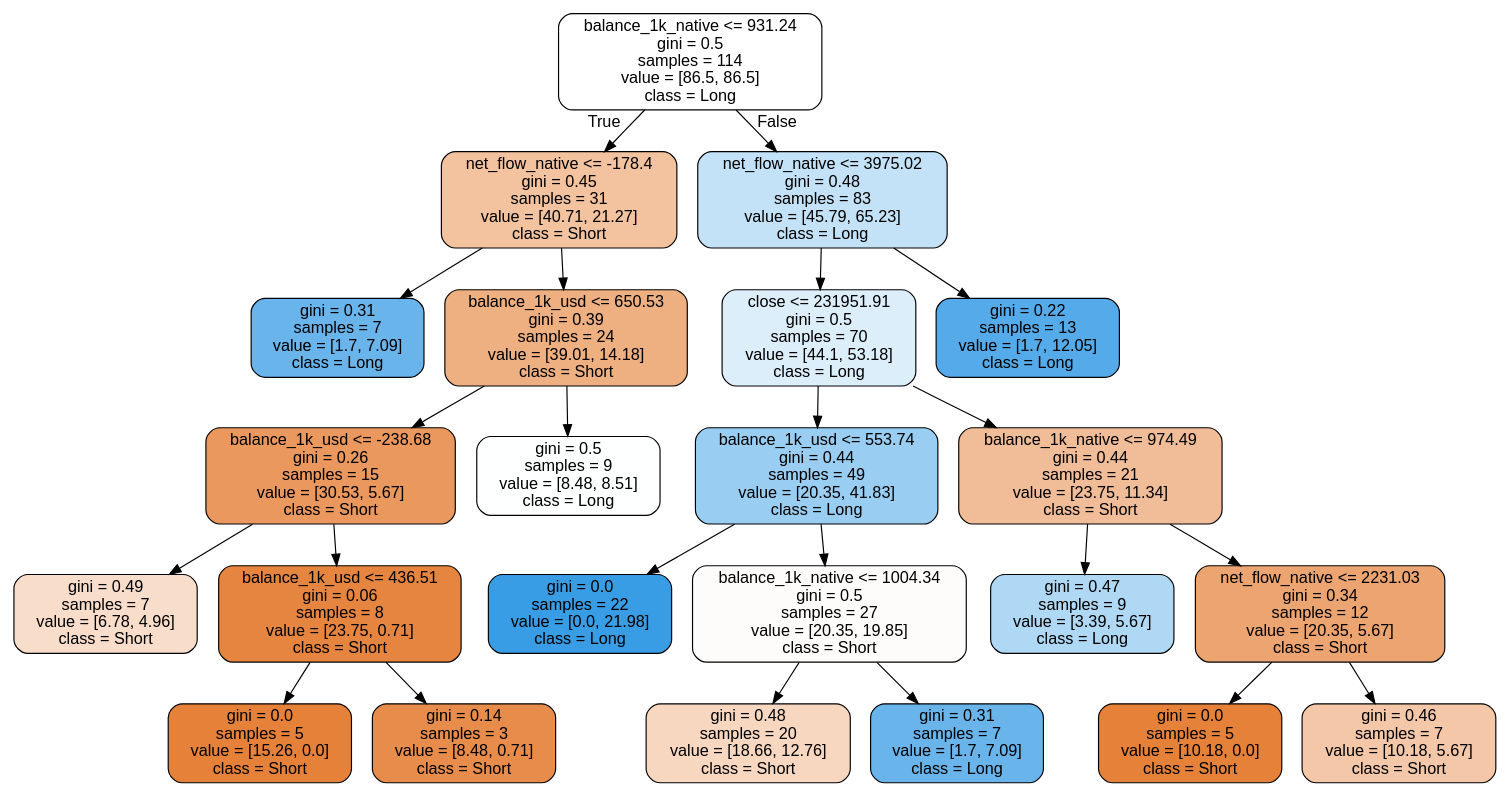
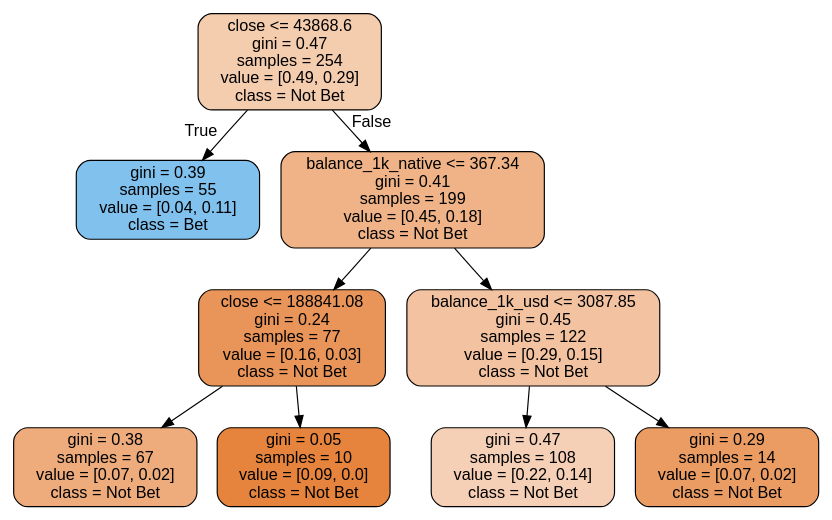
The diagram in plots/BTC/balance/tree/rf_4.dot (Ericclck/FinancialModeling), drawn with Graphviz before and after one commit. The commit also changed 29 other files, not shown here.

```diff
--- a/plots/BTC/balance/tree/rf_4.dot
+++ b/plots/BTC/balance/tree/rf_4.dot
@@ -1,49 +1,21 @@
 digraph Tree {
 node [shape=box, style="filled, rounded", color="black", fontname="helvetica"] ;
 edge [fontname="helvetica"] ;
-0 [label="balance_1k_native <= 931.24\ngini = 0.5\nsamples = 114\nvalue = [86.5, 86.5]\nclass = Long", fillcolor="#ffffff"] ;
-1 [label="net_flow_native <= -178.4\ngini = 0.45\nsamples = 31\nvalue = [40.71, 21.27]\nclass = Short", fillcolor="#f3c3a0"] ;
+0 [label="close <= 43868.6\ngini = 0.47\nsamples = 254\nvalue = [0.49, 0.29]\nclass = Not Bet", fillcolor="#f4ccae"] ;
+1 [label="gini = 0.39\nsamples = 55\nvalue = [0.04, 0.11]\nclass = Bet", fillcolor="#81c1ee"] ;
 0 -> 1 [labeldistance=2.5, labelangle=45, headlabel="True"] ;
-2 [label="gini = 0.31\nsamples = 7\nvalue = [1.7, 7.09]\nclass = Long", fillcolor="#68b4eb"] ;
-1 -> 2 ;
-3 [label="balance_1k_usd <= 650.53\ngini = 0.39\nsamples = 24\nvalue = [39.01, 14.18]\nclass = Short", fillcolor="#eeaf81"] ;
-1 -> 3 ;
-4 [label="balance_1k_usd <= -238.68\ngini = 0.26\nsamples = 15\nvalue = [30.53, 5.67]\nclass = Short", fillcolor="#ea985e"] ;
+2 [label="balance_1k_native <= 367.34\ngini = 0.41\nsamples = 199\nvalue = [0.45, 0.18]\nclass = Not Bet", fillcolor="#efb387"] ;
+0 -> 2 [labeldistance=2.5, labelangle=-45, headlabel="False"] ;
+3 [label="close <= 188841.08\ngini = 0.24\nsamples = 77\nvalue = [0.16, 0.03]\nclass = Not Bet", fillcolor="#e99559"] ;
+2 -> 3 ;
+4 [label="gini = 0.38\nsamples = 67\nvalue = [0.07, 0.02]\nclass = Not Bet", fillcolor="#eeac7c"] ;
 3 -> 4 ;
-5 [label="gini = 0.49\nsamples = 7\nvalue = [6.78, 4.96]\nclass = Short", fillcolor="#f8ddca"] ;
-4 -> 5 ;
-6 [label="balance_1k_usd <= 436.51\ngini = 0.06\nsamples = 8\nvalue = [23.75, 0.71]\nclass = Short", fillcolor="#e6853f"] ;
-4 -> 6 ;
-7 [label="gini = 0.0\nsamples = 5\nvalue = [15.26, 0.0]\nclass = Short", fillcolor="#e58139"] ;
+5 [label="gini = 0.05\nsamples = 10\nvalue = [0.09, 0.0]\nclass = Not Bet", fillcolor="#e6843e"] ;
+3 -> 5 ;
+6 [label="balance_1k_usd <= 3087.85\ngini = 0.45\nsamples = 122\nvalue = [0.29, 0.15]\nclass = Not Bet", fillcolor="#f3c3a1"] ;
+2 -> 6 ;
+7 [label="gini = 0.47\nsamples = 108\nvalue = [0.22, 0.14]\nclass = Not Bet", fillcolor="#f5d0b6"] ;
 6 -> 7 ;
-8 [label="gini = 0.14\nsamples = 3\nvalue = [8.48, 0.71]\nclass = Short", fillcolor="#e78c4a"] ;
+8 [label="gini = 0.29\nsamples = 14\nvalue = [0.07, 0.02]\nclass = Not Bet", fillcolor="#ea9c63"] ;
 6 -> 8 ;
-9 [label="gini = 0.5\nsamples = 9\nvalue = [8.48, 8.51]\nclass = Long", fillcolor="#feffff"] ;
-3 -> 9 ;
-10 [label="net_flow_native <= 3975.02\ngini = 0.48\nsamples = 83\nvalue = [45.79, 65.23]\nclass = Long", fillcolor="#c4e2f7"] ;
-0 -> 10 [labeldistance=2.5, labelangle=-45, headlabel="False"] ;
-11 [label="close <= 231951.91\ngini = 0.5\nsamples = 70\nvalue = [44.1, 53.18]\nclass = Long", fillcolor="#ddeefb"] ;
-10 -> 11 ;
-12 [label="balance_1k_usd <= 553.74\ngini = 0.44\nsamples = 49\nvalue = [20.35, 41.83]\nclass = Long", fillcolor="#99cdf2"] ;
-11 -> 12 ;
-13 [label="gini = 0.0\nsamples = 22\nvalue = [0.0, 21.98]\nclass = Long", fillcolor="#399de5"] ;
-12 -> 13 ;
-14 [label="balance_1k_native <= 1004.34\ngini = 0.5\nsamples = 27\nvalue = [20.35, 19.85]\nclass = Short", fillcolor="#fefcfa"] ;
-12 -> 14 ;
-15 [label="gini = 0.48\nsamples = 20\nvalue = [18.66, 12.76]\nclass = Short", fillcolor="#f7d7c0"] ;
-14 -> 15 ;
-16 [label="gini = 0.31\nsamples = 7\nvalue = [1.7, 7.09]\nclass = Long", fillcolor="#68b4eb"] ;
-14 -> 16 ;
-17 [label="balance_1k_native <= 974.49\ngini = 0.44\nsamples = 21\nvalue = [23.75, 11.34]\nclass = Short", fillcolor="#f1bd98"] ;
-11 -> 17 ;
-18 [label="gini = 0.47\nsamples = 9\nvalue = [3.39, 5.67]\nclass = Long", fillcolor="#afd8f5"] ;
-17 -> 18 ;
-19 [label="net_flow_native <= 2231.03\ngini = 0.34\nsamples = 12\nvalue = [20.35, 5.67]\nclass = Short", fillcolor="#eca470"] ;
-17 -> 19 ;
-20 [label="gini = 0.0\nsamples = 5\nvalue = [10.18, 0.0]\nclass = Short", fillcolor="#e58139"] ;
-19 -> 20 ;
-21 [label="gini = 0.46\nsamples = 7\nvalue = [10.18, 5.67]\nclass = Short", fillcolor="#f3c7a7"] ;
-19 -> 21 ;
-22 [label="gini = 0.22\nsamples = 13\nvalue = [1.7, 12.05]\nclass = Long", fillcolor="#55abe9"] ;
-10 -> 22 ;
 }
```
